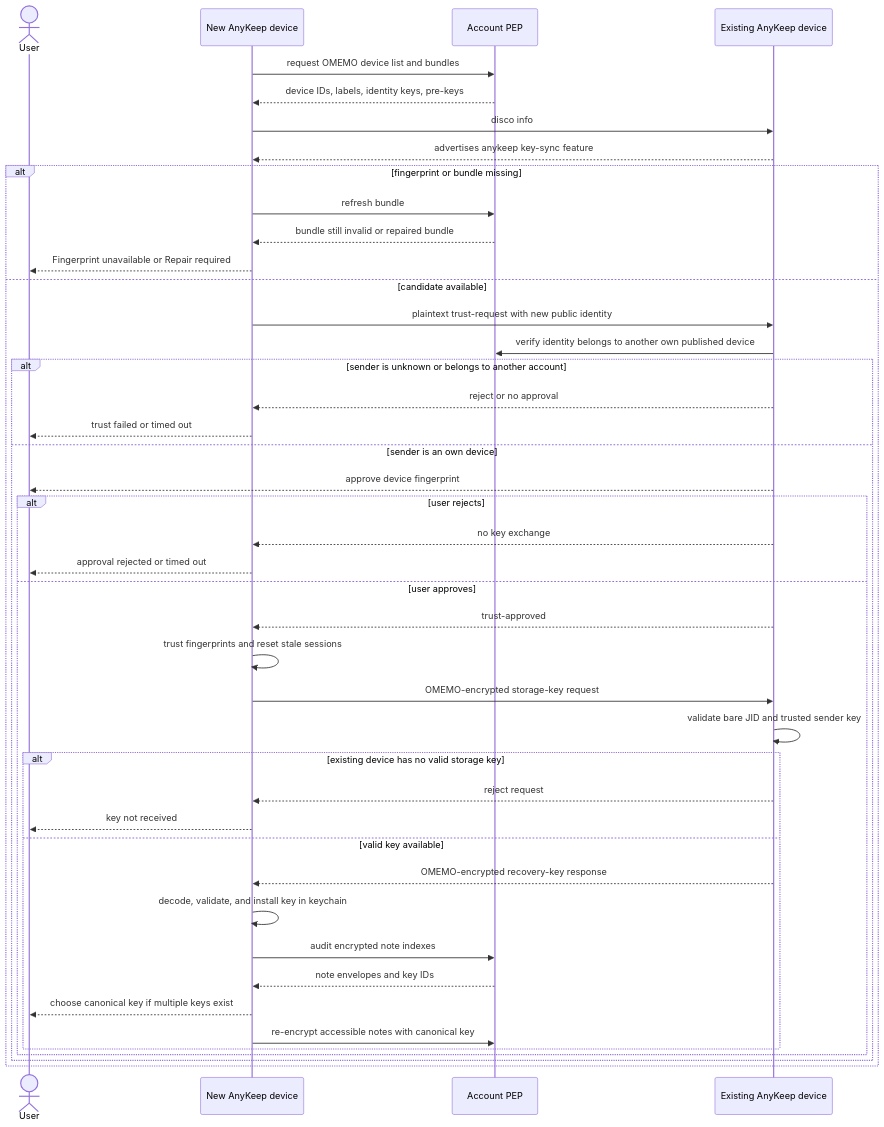
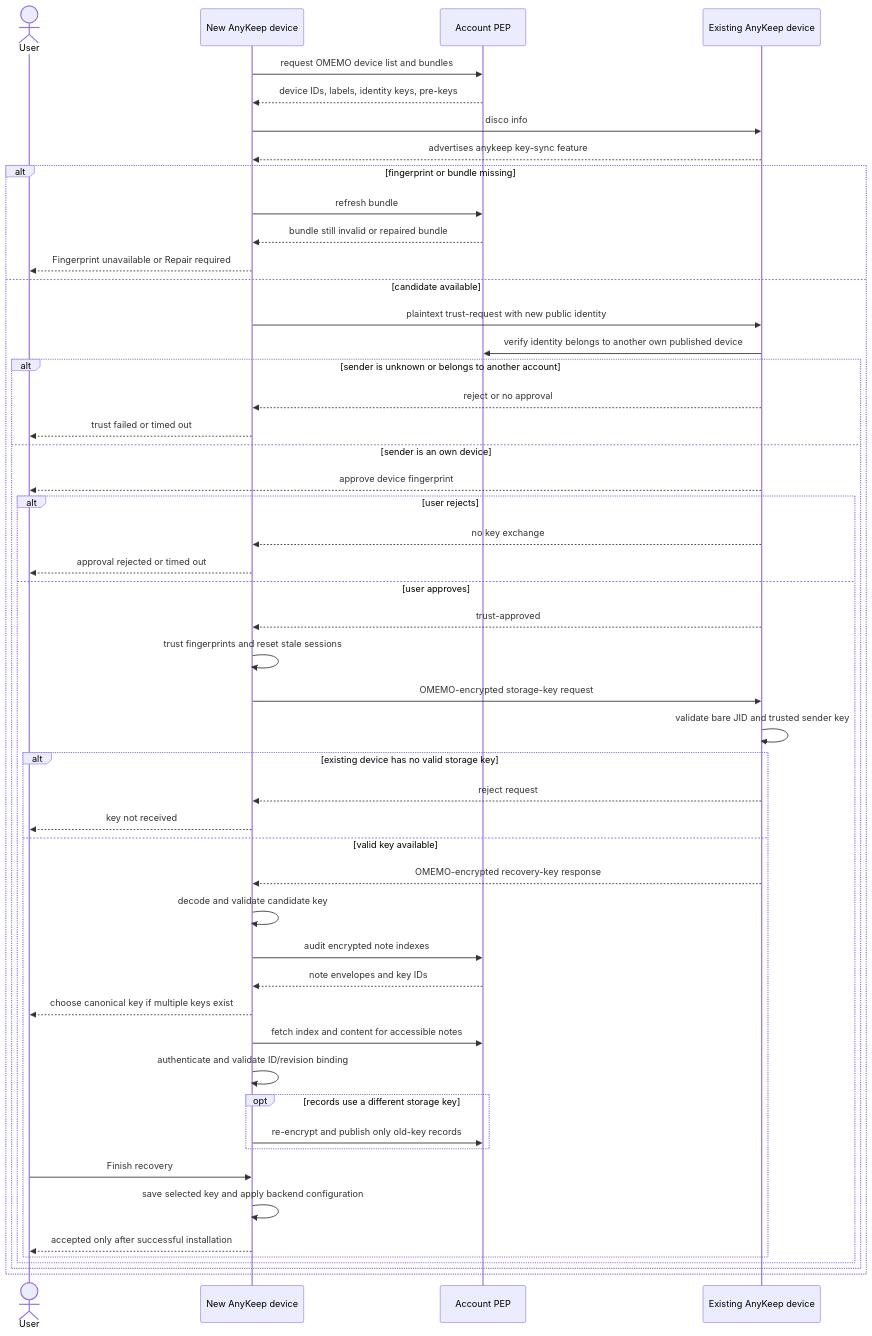
The fifth of 6 diagrams in plugins/xmpppubsub/README.md (Ri0n/AnyKeep), drawn with Mermaid before and after one commit. The commit also changed other lines of this file and 41 other files, not shown here.

Commit message:
Fix XMPP recovery progress, key convergence and local reset tooling

````diff
--- a/plugins/xmpppubsub/README.md
+++ b/plugins/xmpppubsub/README.md
@@ -430,47 +463,54 @@
 ```mermaid
 sequenceDiagram
     actor U as User
     participant N as New AnyKeep device
     participant P as Account PEP
     participant E as Existing AnyKeep device
 
     N->>P: request OMEMO device list and bundles
     P-->>N: device IDs, labels, identity keys, pre-keys
     N->>E: disco info
     E-->>N: advertises anykeep key-sync feature
 
     alt fingerprint or bundle missing
         N->>P: refresh bundle
         P-->>N: bundle still invalid or repaired bundle
         N-->>U: Fingerprint unavailable or Repair required
     else candidate available
         N->>E: plaintext trust-request with new public identity
         E->>P: verify identity belongs to another own published device
         alt sender is unknown or belongs to another account
             E-->>N: reject or no approval
             N-->>U: trust failed or timed out
         else sender is an own device
             E-->>U: approve device fingerprint
             alt user rejects
                 E-->>N: no key exchange
                 N-->>U: approval rejected or timed out
             else user approves
                 E-->>N: trust-approved
                 N->>N: trust fingerprints and reset stale sessions
                 N->>E: OMEMO-encrypted storage-key request
                 E->>E: validate bare JID and trusted sender key
                 alt existing device has no valid storage key
                     E-->>N: reject request
                     N-->>U: key not received
                 else valid key available
                     E-->>N: OMEMO-encrypted recovery-key response
-                    N->>N: decode, validate, and install key in keychain
+                    N->>N: decode and validate candidate key
                     N->>P: audit encrypted note indexes
                     P-->>N: note envelopes and key IDs
                     N-->>U: choose canonical key if multiple keys exist
-                    N->>P: re-encrypt accessible notes with canonical key
+                    N->>P: fetch index and content for accessible notes
+                    N->>N: authenticate and validate ID/revision binding
+                    opt records use a different storage key
+                        N->>P: re-encrypt and publish only old-key records
+                    end
+                    U->>N: Finish recovery
+                    N->>N: save selected key and apply backend configuration
+                    N-->>U: accepted only after successful installation
                 end
             end
         end
     end
 ```
````
